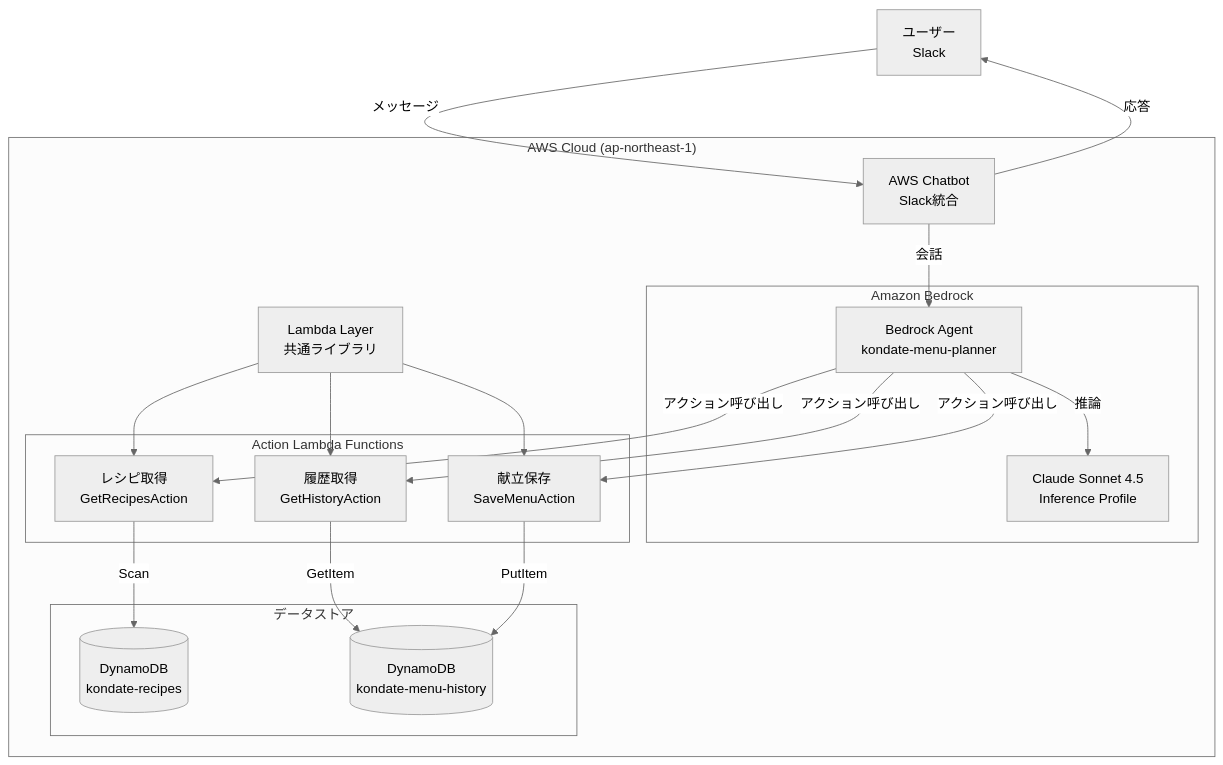
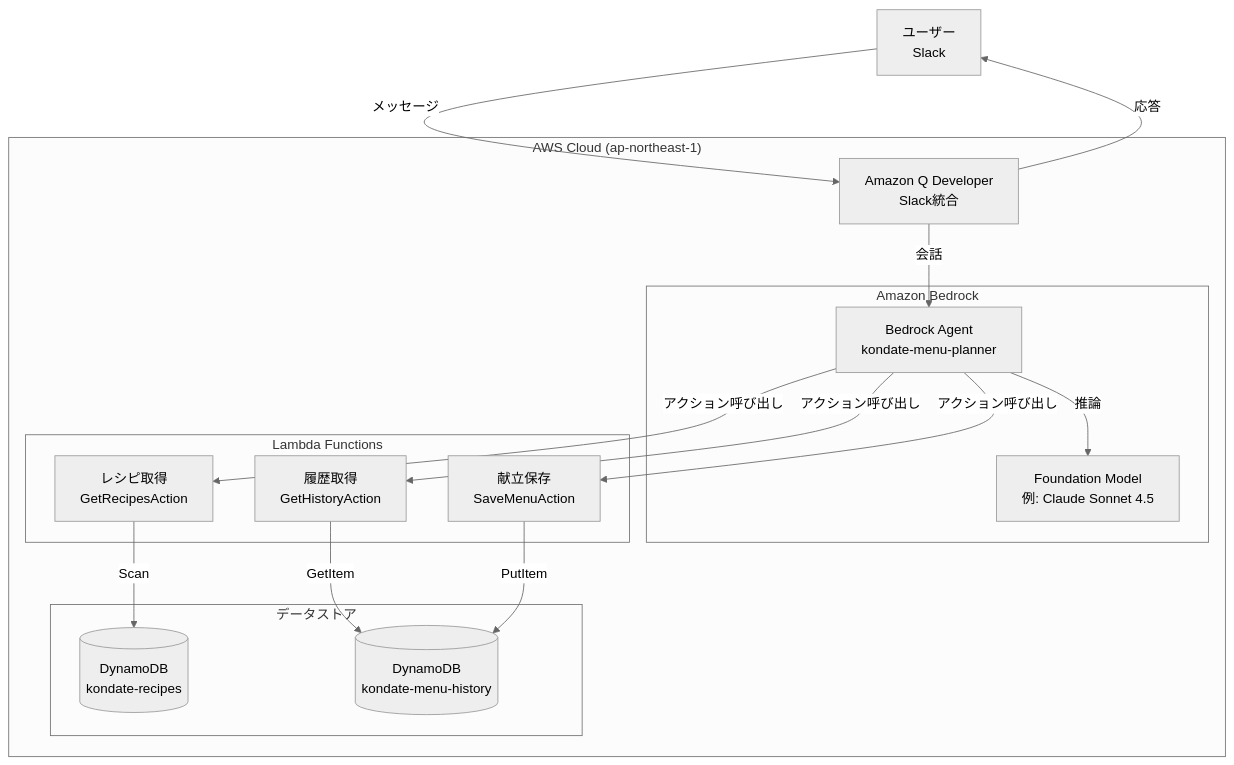
The first of 2 diagrams in README.md (takuya29/kondate-planner), drawn with Mermaid (neutral theme) before and after one commit. The commit also changed other lines of this file and 2 other files, not shown here.

````diff
--- a/README.md
+++ b/README.md
@@ -16,44 +16,38 @@
 ```mermaid
 graph TB
     User[ユーザー<br/>Slack]
 
     subgraph AWS["AWS Cloud (ap-northeast-1)"]
-        Chatbot[AWS Chatbot<br/>Slack統合]
+        Chatbot[Amazon Q Developer<br/>Slack統合]
 
         subgraph Bedrock["Amazon Bedrock"]
             Agent[Bedrock Agent<br/>kondate-menu-planner]
-            Claude[Claude Sonnet 4.5<br/>Inference Profile]
+            Model[Foundation Model<br/>例: Claude Sonnet 4.5]
         end
 
-        LambdaLayer[Lambda Layer<br/>共通ライブラリ]
-
-        subgraph Lambda["Action Lambda Functions"]
+        subgraph Lambda["Lambda Functions"]
             GetRecipes[レシピ取得<br/>GetRecipesAction]
             GetHistory[履歴取得<br/>GetHistoryAction]
             SaveMenu[献立保存<br/>SaveMenuAction]
         end
 
         subgraph Storage["データストア"]
             RecipesDB[(DynamoDB<br/>kondate-recipes)]
             HistoryDB[(DynamoDB<br/>kondate-menu-history)]
         end
     end
 
     User -->|メッセージ| Chatbot
     Chatbot -->|会話| Agent
 
-    Agent -->|推論| Claude
+    Agent -->|推論| Model
     Agent -->|アクション呼び出し| GetRecipes
     Agent -->|アクション呼び出し| GetHistory
     Agent -->|アクション呼び出し| SaveMenu
-
-    LambdaLayer --> GetRecipes
-    LambdaLayer --> GetHistory
-    LambdaLayer --> SaveMenu
 
     GetRecipes -->|Scan| RecipesDB
     GetHistory -->|GetItem| HistoryDB
     SaveMenu -->|PutItem| HistoryDB
 
     Chatbot -->|応答| User
 ```
````
